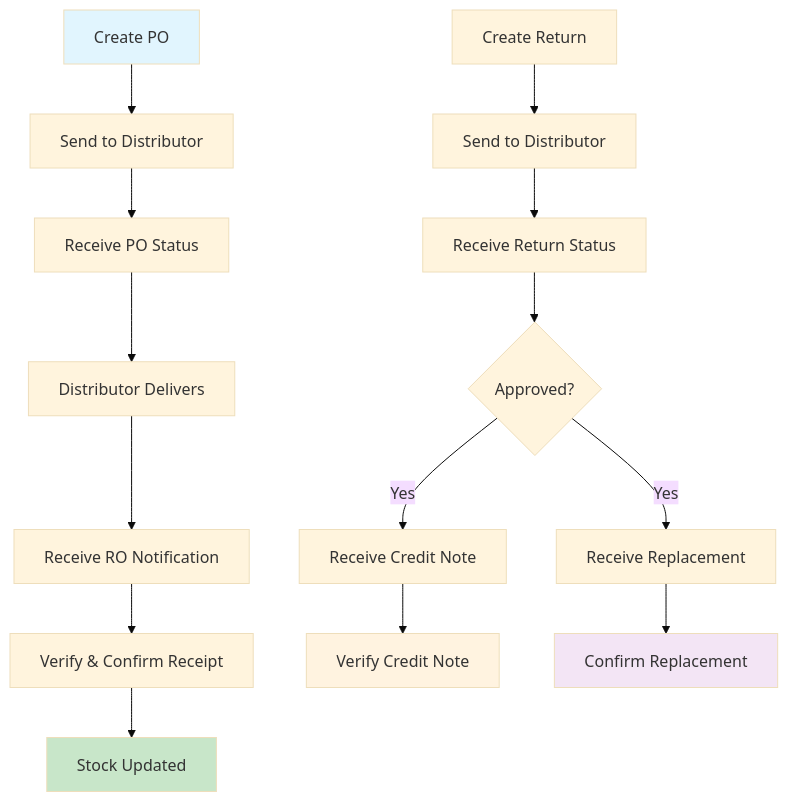
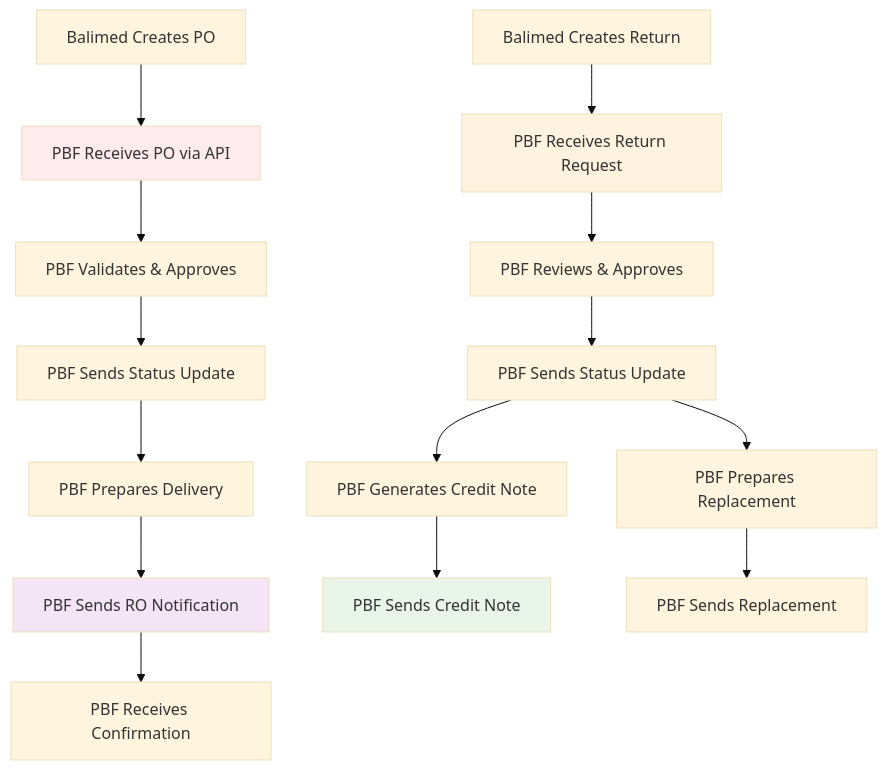
Before and after one commit to ahmadasroni38/dokumentasi-farmasi: the diagram in README.md, drawn with Mermaid (base theme). The commit also changed other lines of this file and 6 other files, not shown here.

````diff
--- a/README.md
+++ b/README.md
@@ -136,22 +156,22 @@
 ```mermaid
 graph TD
-    A[Create PO] --> B[Send to Distributor]
-    B --> C[Receive PO Status]
-    C --> D[Distributor Delivers]
-    D --> E[Receive RO Notification]
-    E --> F[Verify & Confirm Receipt]
-    F --> G[Stock Updated]
+    A[Balimed Creates PO] --> B[PBF Receives PO via API]
+    B --> C[PBF Validates & Approves]
+    C --> D[PBF Sends Status Update]
+    D --> E[PBF Prepares Delivery]
+    E --> F[PBF Sends RO Notification]
+    F --> G[PBF Receives Confirmation]
 
-    H[Create Return] --> I[Send to Distributor]
-    I --> J[Receive Return Status]
-    J --> K{Approved?}
-    K -->|Yes| L[Receive Credit Note]
-    K -->|Yes| M[Receive Replacement]
-    L --> N[Verify Credit Note]
-    M --> O[Confirm Replacement]
+    H[Balimed Creates Return] --> I[PBF Receives Return Request]
+    I --> J[PBF Reviews & Approves]
+    J --> K[PBF Sends Status Update]
+    K --> L[PBF Generates Credit Note]
+    K --> M[PBF Prepares Replacement]
+    L --> N[PBF Sends Credit Note]
+    M --> O[PBF Sends Replacement]
 
-    style A fill:#e1f5fe
-    style G fill:#c8e6c9
-    style N fill:#fff3e0
-    style O fill:#f3e5f5
+    style B fill:#ffebee
+    style F fill:#f3e5f5
+    style I fill:#fff3e0
+    style N fill:#e8f5e8
 ```
````
